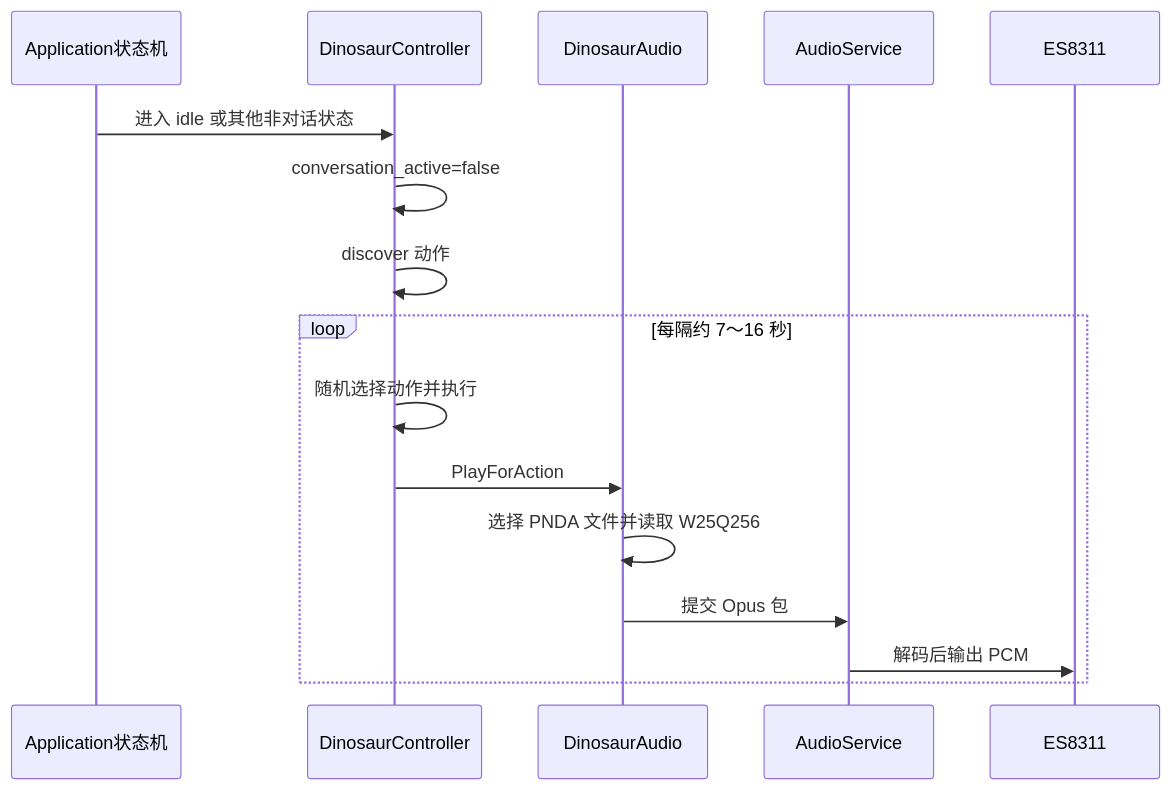
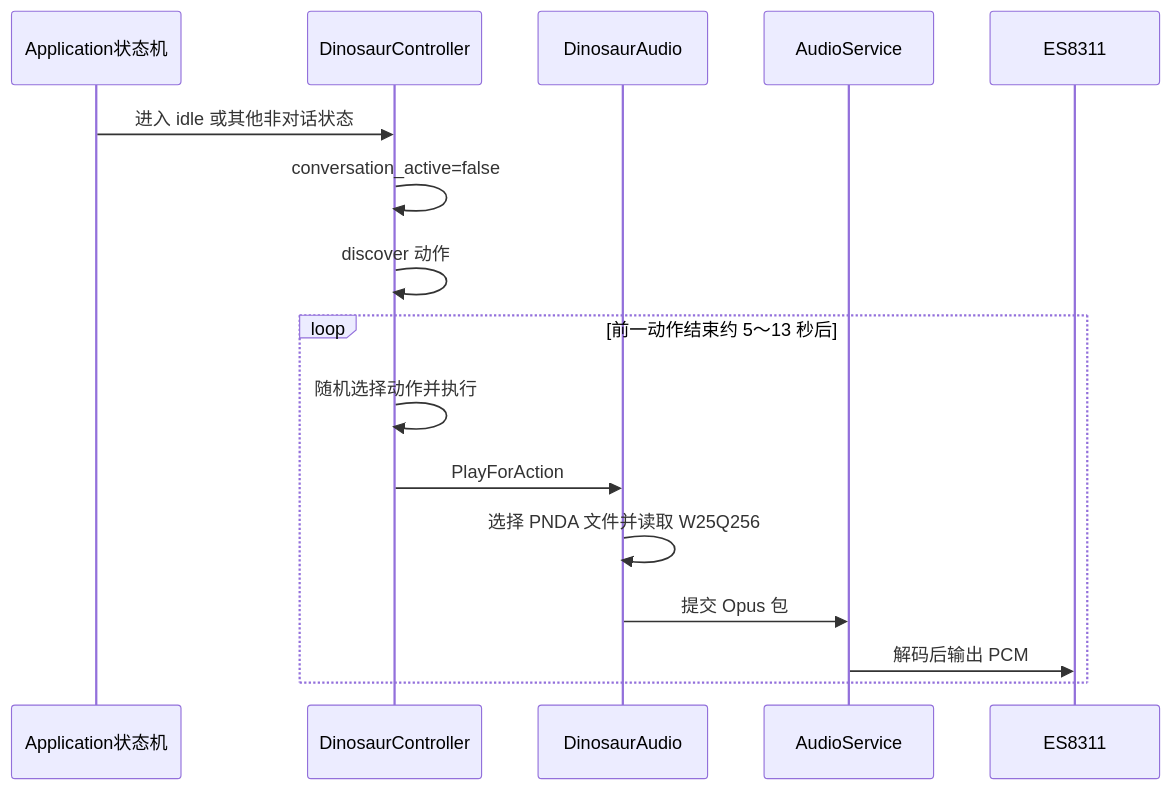
Before and after one commit to zylz-Project/xiaozhi_pro: the eighth of 8 diagrams in main/boards/wzh_dinosaur/XIAOZHI_RUNTIME.md, drawn with Mermaid. The commit also changed other lines of this file and 253 other files, not shown here.

````diff
--- a/main/boards/wzh_dinosaur/XIAOZHI_RUNTIME.md
+++ b/main/boards/wzh_dinosaur/XIAOZHI_RUNTIME.md
@@ -680,19 +778,19 @@
 ```mermaid
 sequenceDiagram
     participant A as Application状态机
     participant C as DinosaurController
     participant DA as DinosaurAudio
     participant AS as AudioService
     participant ES as ES8311
 
     A->>C: 进入 idle 或其他非对话状态
     C->>C: conversation_active=false
     C->>C: discover 动作
-    loop 每隔约 7～16 秒
+    loop 前一动作结束约 5～13 秒后
         C->>C: 随机选择动作并执行
         C->>DA: PlayForAction
         DA->>DA: 选择 PNDA 文件并读取 W25Q256
         DA->>AS: 提交 Opus 包
         AS->>ES: 解码后输出 PCM
     end
 ```
````
